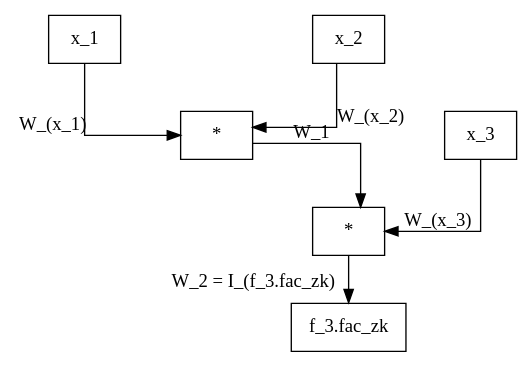
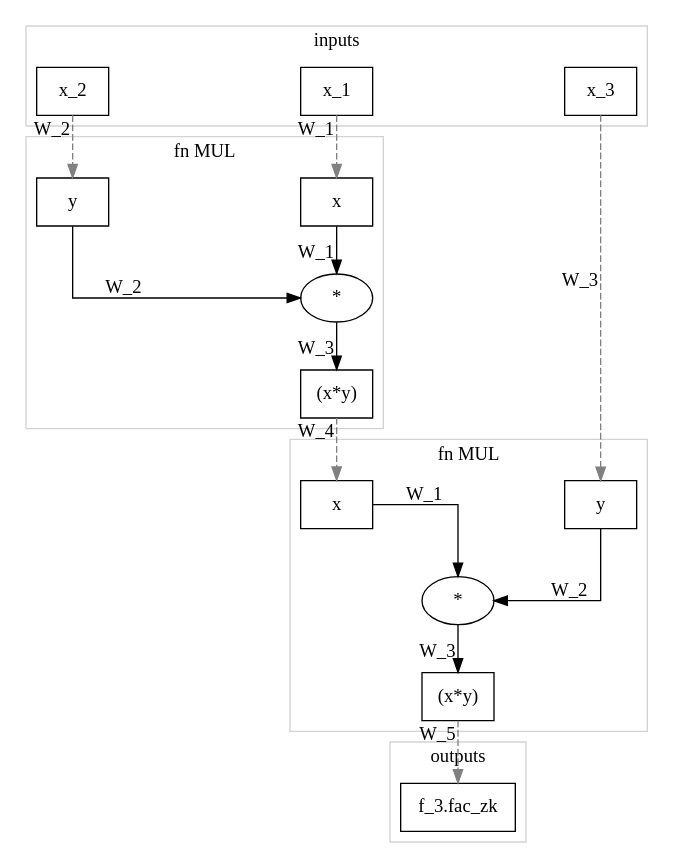
Before and after one commit to LeastAuthority/moonmath-manual: the diagram in PAPER3FUC.dot, drawn with Graphviz. The commit also changed 86 other files, not shown here.

```diff
--- a/PAPER3FUC.dot
+++ b/PAPER3FUC.dot
@@ -1,24 +1,69 @@
 digraph PAPER3FUC {
-	graph [center=true,
-		forcelabels=true,
+	graph [forcelabels=true,
 		nodesep=2.0,
 		splines=ortho
 	];
-	n1	[label=x_1,
-		shape=box];
-	n5	[label="*",
-		shape=box];
-	n1 -> n5	[xlabel="W_(x_1)"];
-	n2	[label=x_2,
-		shape=box];
-	n2 -> n5	[xlabel="W_(x_2)"];
-	n3	[label=x_3,
-		shape=box];
-	n6	[label="*",
-		shape=box];
-	n3 -> n6	[xlabel="W_(x_3)"];
-	n4	[label="f_3.fac_zk",
-		shape=box];
-	n5 -> n6	[xlabel=W_1];
-	n6 -> n4	[xlabel="W_2 = I_(f_3.fac_zk)"];
+	subgraph cluster_input {
+		graph [color=lightgray,
+			label=inputs
+		];
+		nin1	[label=x_1,
+			shape=box];
+		nin2	[label=x_2,
+			shape=box];
+		nin3	[label=x_3,
+			shape=box];
+	}
+	subgraph cluster_mul1 {
+		graph [color=lightgray,
+			label="fn MUL"
+		];
+		nmul11	[label=x,
+			shape=box];
+		nmul13	[label="*"];
+		nmul11 -> nmul13	[xlabel=W_1];
+		nmul12	[label=y,
+			shape=box];
+		nmul12 -> nmul13	[xlabel=W_2];
+		nmul14	[label="(x*y)",
+			shape=box];
+		nmul13 -> nmul14	[xlabel=W_3];
+	}
+	subgraph cluster_mul2 {
+		graph [color=lightgray,
+			label="fn MUL"
+		];
+		nmul21	[label=x,
+			shape=box];
+		nmul23	[label="*"];
+		nmul21 -> nmul23	[xlabel=W_1];
+		nmul22	[label=y,
+			shape=box];
+		nmul22 -> nmul23	[xlabel=W_2];
+		nmul24	[label="(x*y)",
+			shape=box];
+		nmul23 -> nmul24	[xlabel=W_3];
+	}
+	subgraph cluster_output {
+		graph [color=lightgray,
+			label=outputs
+		];
+		nout1	[label="f_3.fac_zk",
+			shape=box];
+	}
+	nin1 -> nmul11	[color=grey,
+		style=dashed,
+		xlabel=W_1];
+	nin2 -> nmul12	[color=grey,
+		style=dashed,
+		xlabel=W_2];
+	nin3 -> nmul22	[color=grey,
+		style=dashed,
+		xlabel=W_3];
+	nmul14 -> nmul21	[color=grey,
+		style=dashed,
+		xlabel=W_4];
+	nmul24 -> nout1	[color=grey,
+		style=dashed,
+		xlabel=W_5];
 }
```
